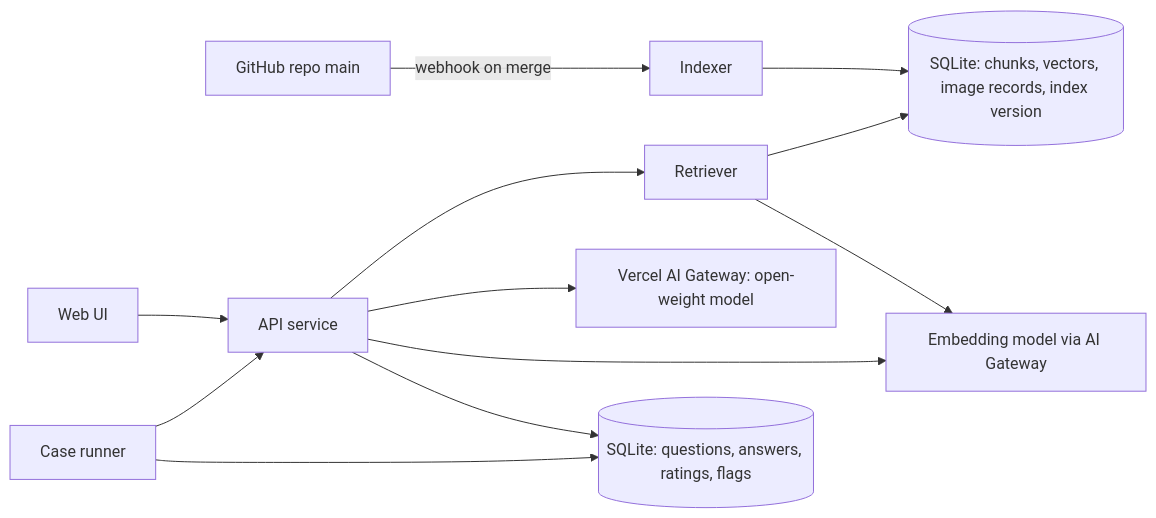
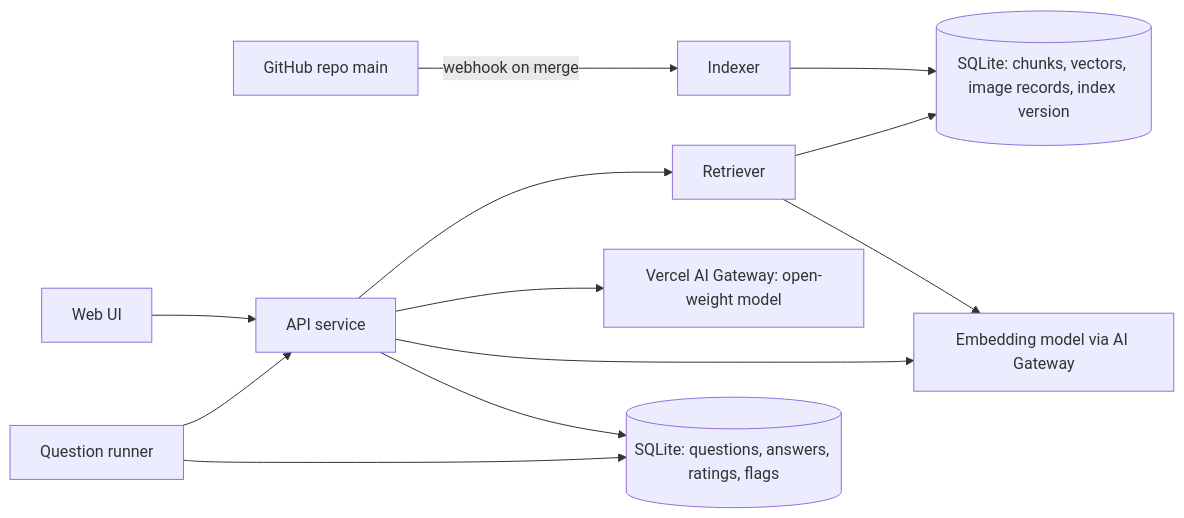
One commit to e1-rahabok/agent-e2 changed the first of 2 diagrams in project/design-kb-test-site.md. Above: the diagram before and after it, drawn with Mermaid. The commit also changed other lines of this file and 64 other files, not shown here.

````diff
--- a/project/design-kb-test-site.md
+++ b/project/design-kb-test-site.md
@@ -30,14 +30,14 @@
 ```mermaid
 flowchart LR
   GH[GitHub repo main] -->|webhook on merge| IDX[Indexer]
   IDX --> DB[(SQLite: chunks, vectors, image records, index version)]
   UI[Web UI] --> API[API service]
   API --> RET[Retriever]
   RET --> DB
   API --> LLM[Vercel AI Gateway: open-weight model]
   API --> EMB[Embedding model via AI Gateway]
   RET --> EMB
   API --> LOG[(SQLite: questions, answers, ratings, flags)]
-  EVAL[Case runner] --> API
+  EVAL[Question runner] --> API
   EVAL --> LOG
 ```
````
